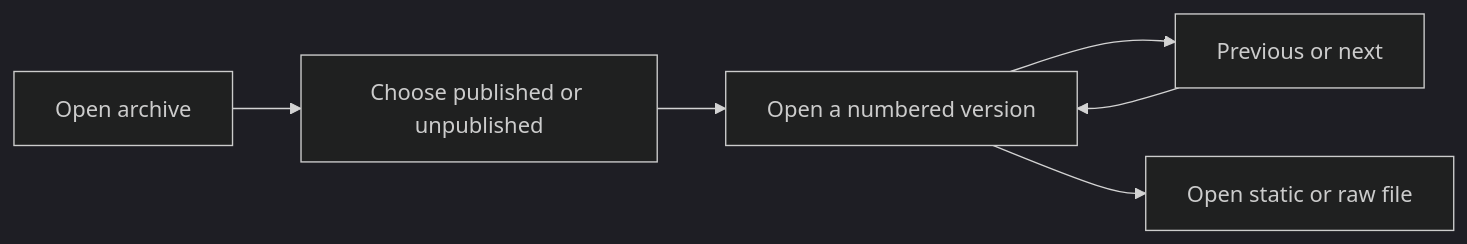
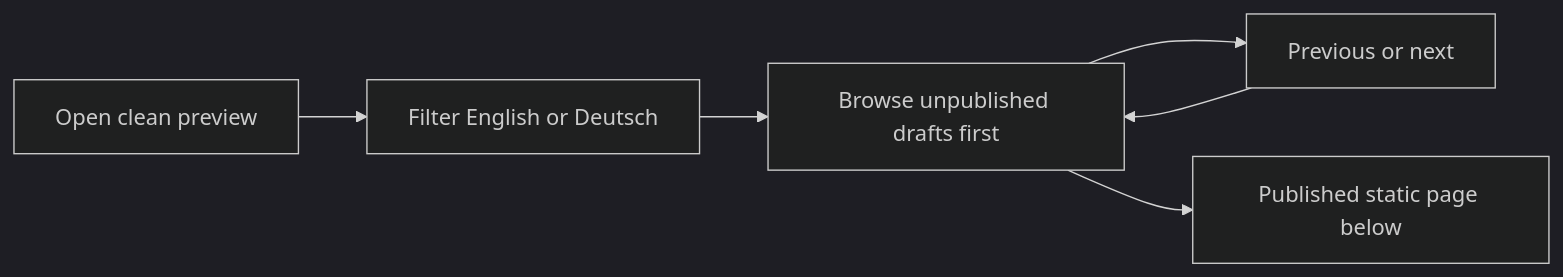
Before and after one commit to nuri-com/nuri-website-history: the second of 2 diagrams in README.md, drawn with Mermaid (dark theme). The commit also changed other lines of this file and 2 other files, not shown here.

First line of the commit message:
docs: record curated bilingual preview

````diff
--- a/README.md
+++ b/README.md
@@ -25,8 +25,8 @@
 ```mermaid
 flowchart LR
-  A["Open archive"] --> B["Choose published or unpublished"]
-  B --> C["Open a numbered version"]
+  A["Open clean preview"] --> B["Filter English or Deutsch"]
+  B --> C["Browse unpublished drafts first"]
   C --> D["Previous or next"]
   D --> C
-  C --> E["Open static or raw file"]
+  C --> E["Published static page below"]
 ```
````
